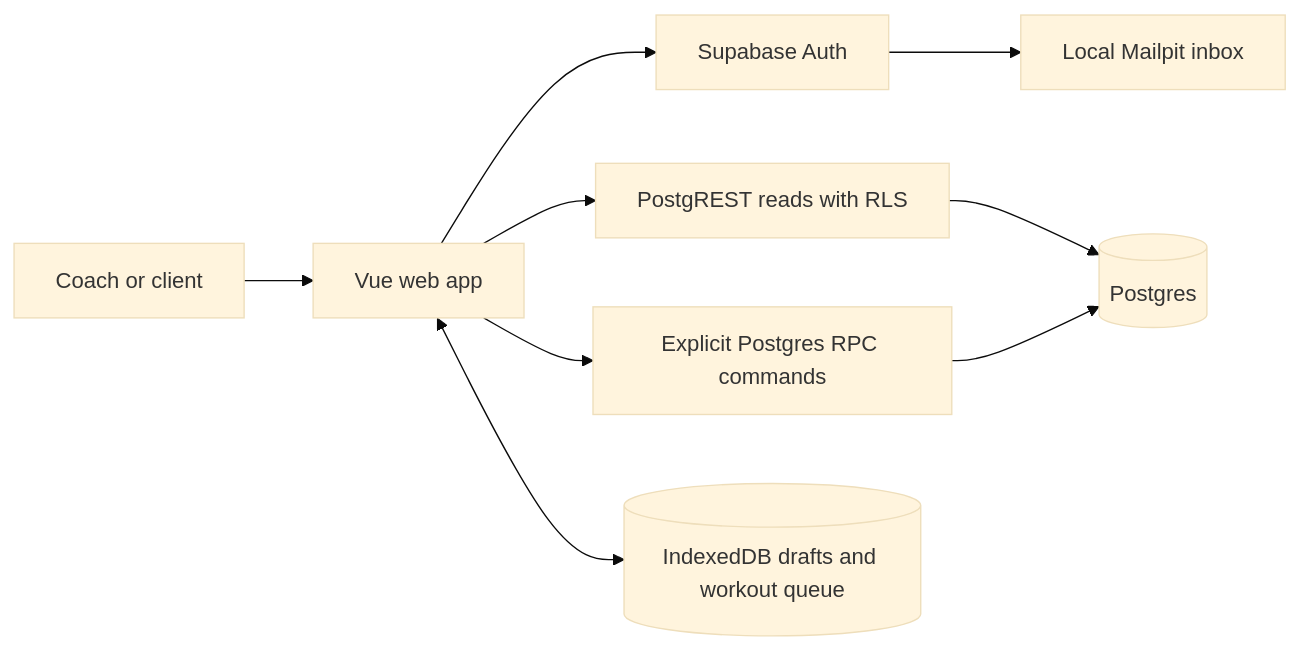
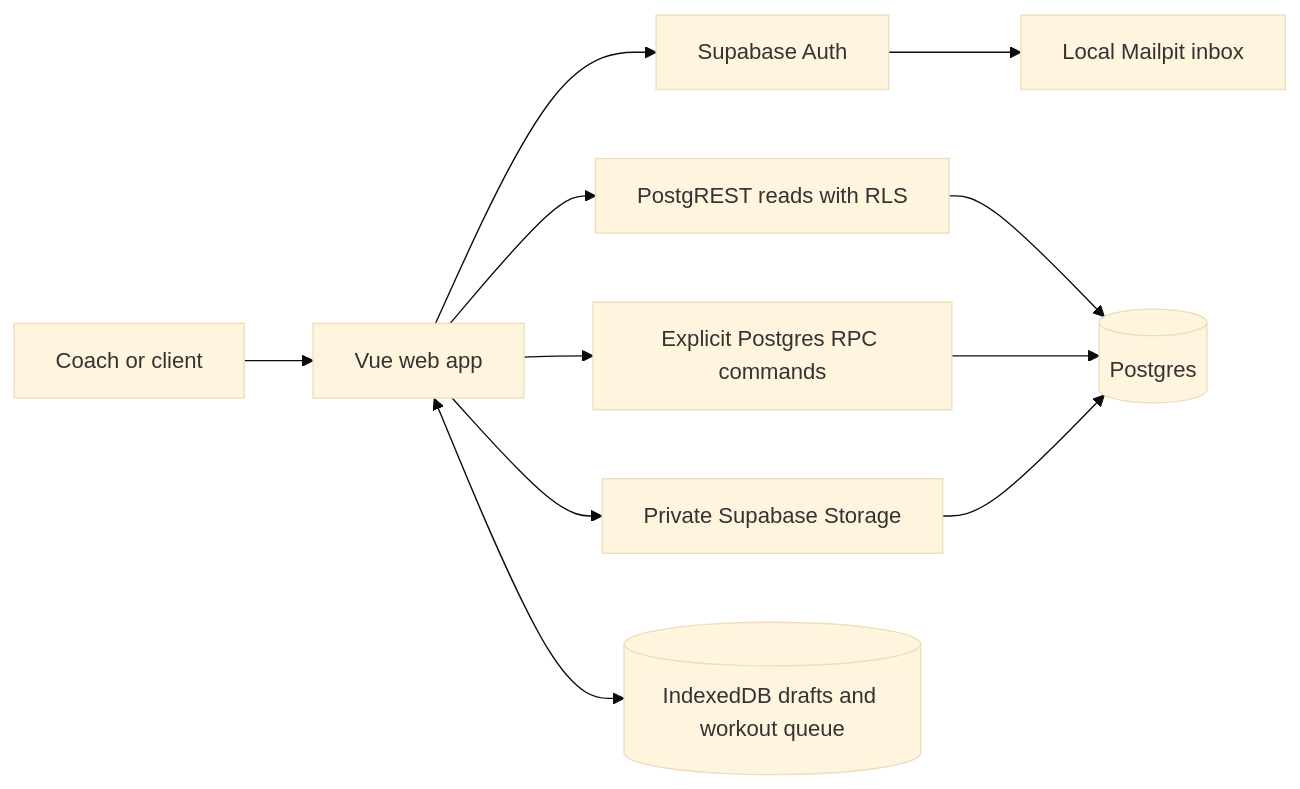
The diagram in docs/implementation/maintainer-guide.md (KenseiEmam/Rafik-OpenSource), drawn with Mermaid (base theme) before and after one commit. The commit also changed other lines of this file and 19 other files, not shown here.

````diff
--- a/docs/implementation/maintainer-guide.md
+++ b/docs/implementation/maintainer-guide.md
@@ -15,11 +15,13 @@
 ```mermaid
 flowchart LR
   Person[Coach or client] --> Web[Vue web app]
   Web --> Auth[Supabase Auth]
   Web --> Read[PostgREST reads with RLS]
   Web --> Commands[Explicit Postgres RPC commands]
   Read --> DB[(Postgres)]
   Commands --> DB
+  Web --> Storage[Private Supabase Storage]
+  Storage --> DB
   Web <--> Device[(IndexedDB drafts and workout queue)]
   Auth --> Mail[Local Mailpit inbox]
 ```
````
